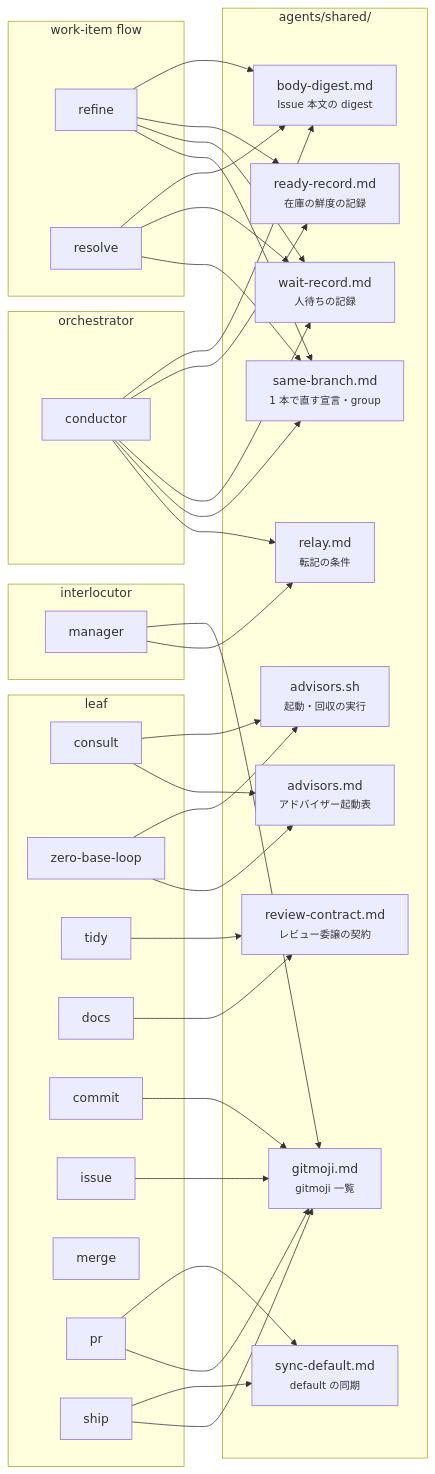
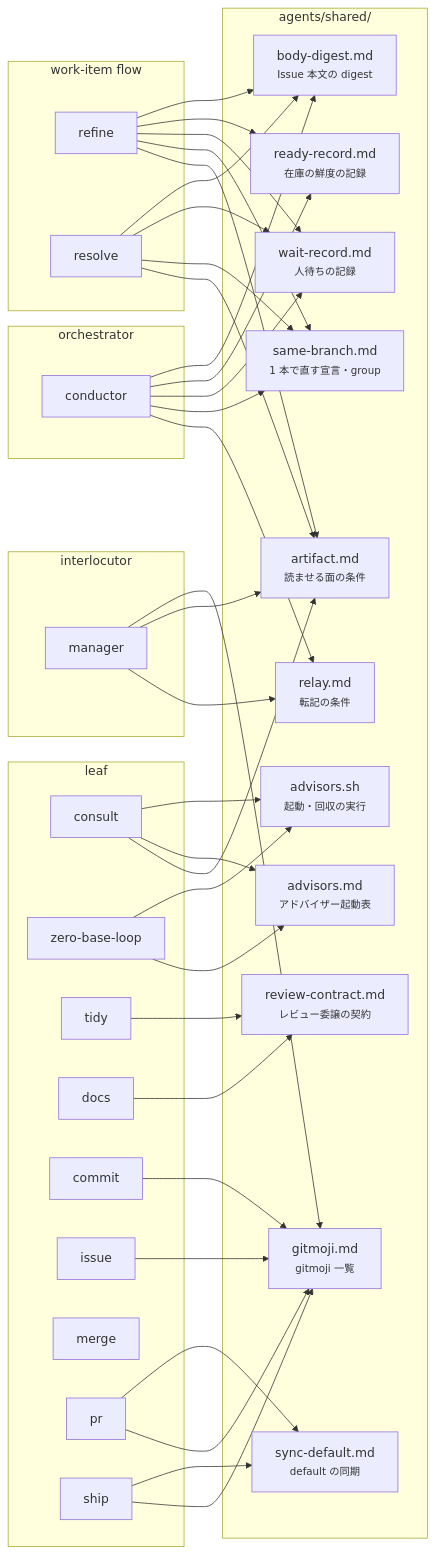
The third of 3 diagrams in agents/docs/structure.md (usagizmo/agentfiles), drawn with Mermaid before and after one commit. The commit also changed 11 other files, not shown here.

````diff
--- a/agents/docs/structure.md
+++ b/agents/docs/structure.md
@@ -87,63 +87,68 @@
 ```mermaid
 flowchart LR
     subgraph orch["orchestrator"]
         CO[conductor]
     end
     subgraph flow["work-item flow"]
         RF[refine]
         RS[resolve]
     end
     subgraph leaf["leaf"]
         CS[consult]
         ZB[zero-base-loop]
         TD[tidy]
         DC[docs]
         CM[commit]
         IS[issue]
         ME[merge]
         PR[pr]
         SH[ship]
     end
     subgraph inter[interlocutor]
         MG[manager]
     end
     subgraph shared["agents/shared/"]
         SB["same-branch.md<br/><small>1 本で直す宣言・group</small>"]
         WR["wait-record.md<br/><small>人待ちの記録</small>"]
         RR["ready-record.md<br/><small>在庫の鮮度の記録</small>"]
         BD["body-digest.md<br/><small>Issue 本文の digest</small>"]
         RC["review-contract.md<br/><small>レビュー委譲の契約</small>"]
         RL["relay.md<br/><small>転記の条件</small>"]
+        AF["artifact.md<br/><small>読ませる面の条件</small>"]
         AD["advisors.md<br/><small>アドバイザー起動表</small>"]
         AS["advisors.sh<br/><small>起動・回収の実行</small>"]
         GM["gitmoji.md<br/><small>gitmoji 一覧</small>"]
         SD["sync-default.md<br/><small>default の同期</small>"]
     end
 
     MG --> RL
+    MG --> AF
+    RF --> AF
+    RS --> AF
+    CS --> AF
     CO --> RL
     CO --> SB
     CO --> WR
     CO --> RR
     CO --> BD
     RF --> SB
     RF --> WR
     RF --> RR
     RF --> BD
     RS --> SB
     RS --> WR
     RS --> BD
     CS --> AD
     CS --> AS
     ZB --> AD
     ZB --> AS
     TD --> RC
     DC --> RC
     CM --> GM
     IS --> GM
     MG --> GM
     PR --> GM
     SH --> GM
     PR --> SD
     SH --> SD
 ```
````
